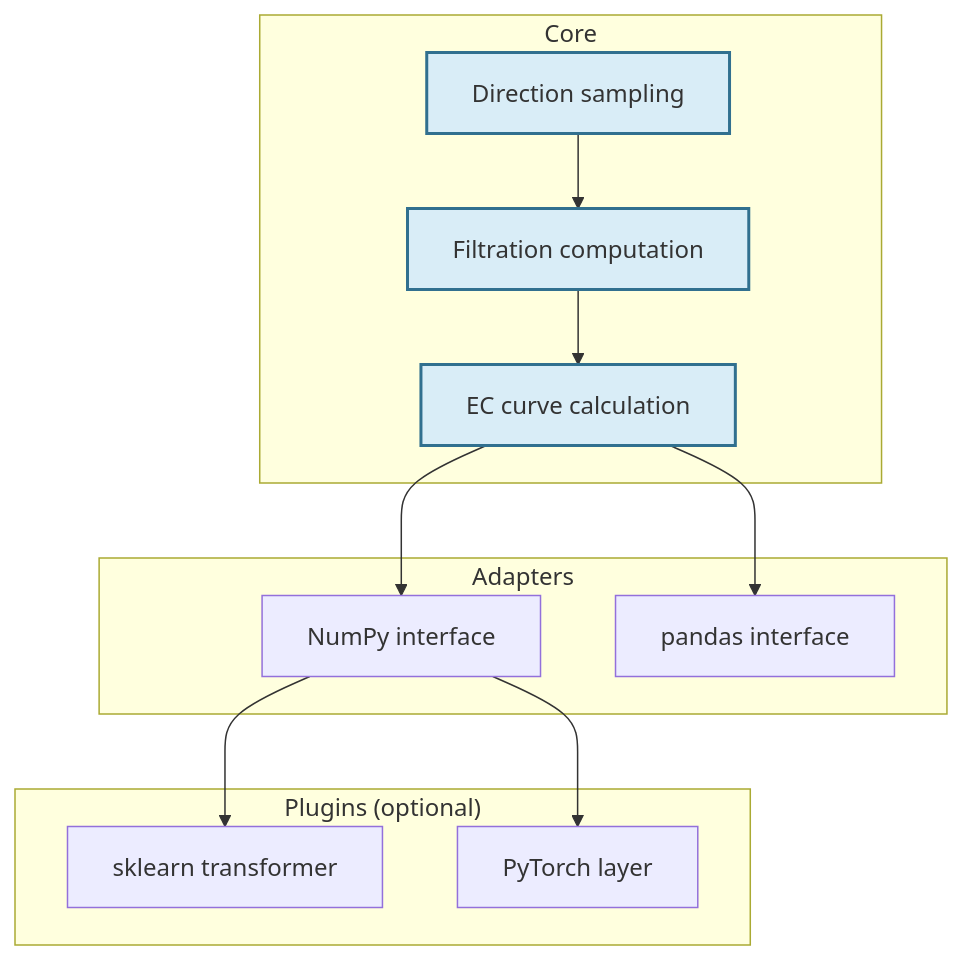
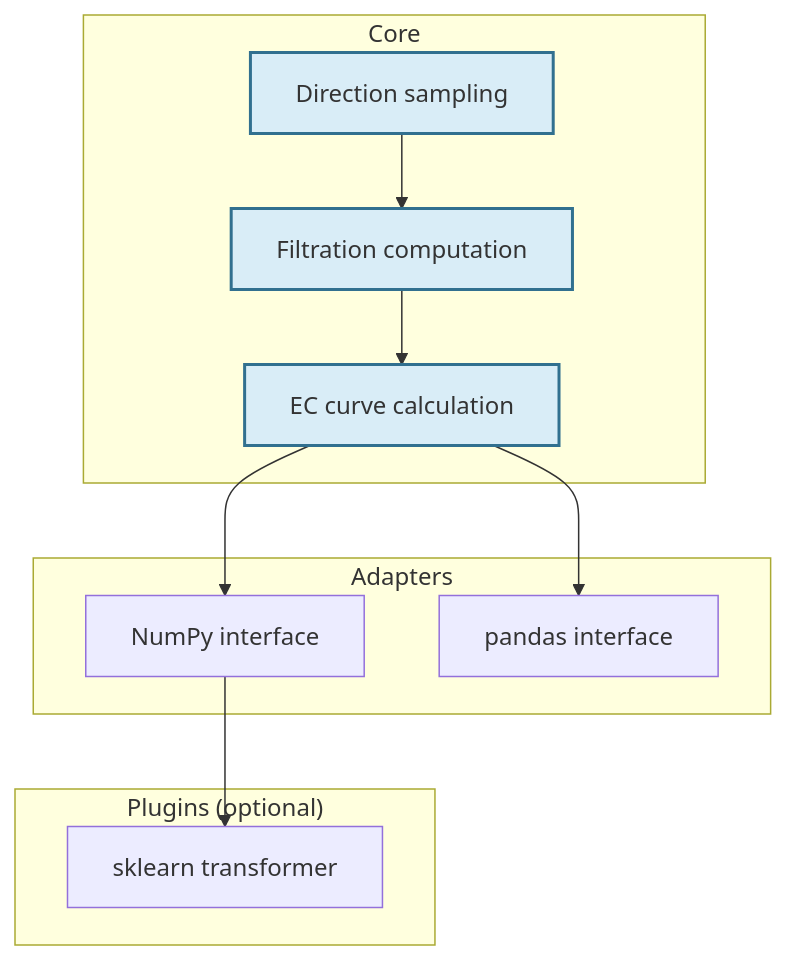
The second of 2 diagrams in docs/source/overview.rst (Krv-Labs/trailed), drawn with Mermaid before and after one commit. The commit also changed other lines of this file and 44 other files, not shown here.

```diff
--- a/docs/source/overview.rst
+++ b/docs/source/overview.rst
@@ -117,29 +117,27 @@
 .. mermaid::
 
    graph TB
       subgraph "Core"
          A["Direction sampling"]
          B["Filtration computation"]
          C["EC curve calculation"]
       end
 
       subgraph "Adapters"
          D["NumPy interface"]
          E["pandas interface"]
       end
 
       subgraph "Plugins (optional)"
          F["sklearn transformer"]
-         G["PyTorch layer"]
       end
 
       A --> B
       B --> C
       C --> D
       C --> E
       D --> F
-      D --> G
 
       style A fill:#D9EDF7,stroke:#31708F,stroke-width:2px
       style B fill:#D9EDF7,stroke:#31708F,stroke-width:2px
       style C fill:#D9EDF7,stroke:#31708F,stroke-width:2px
```
